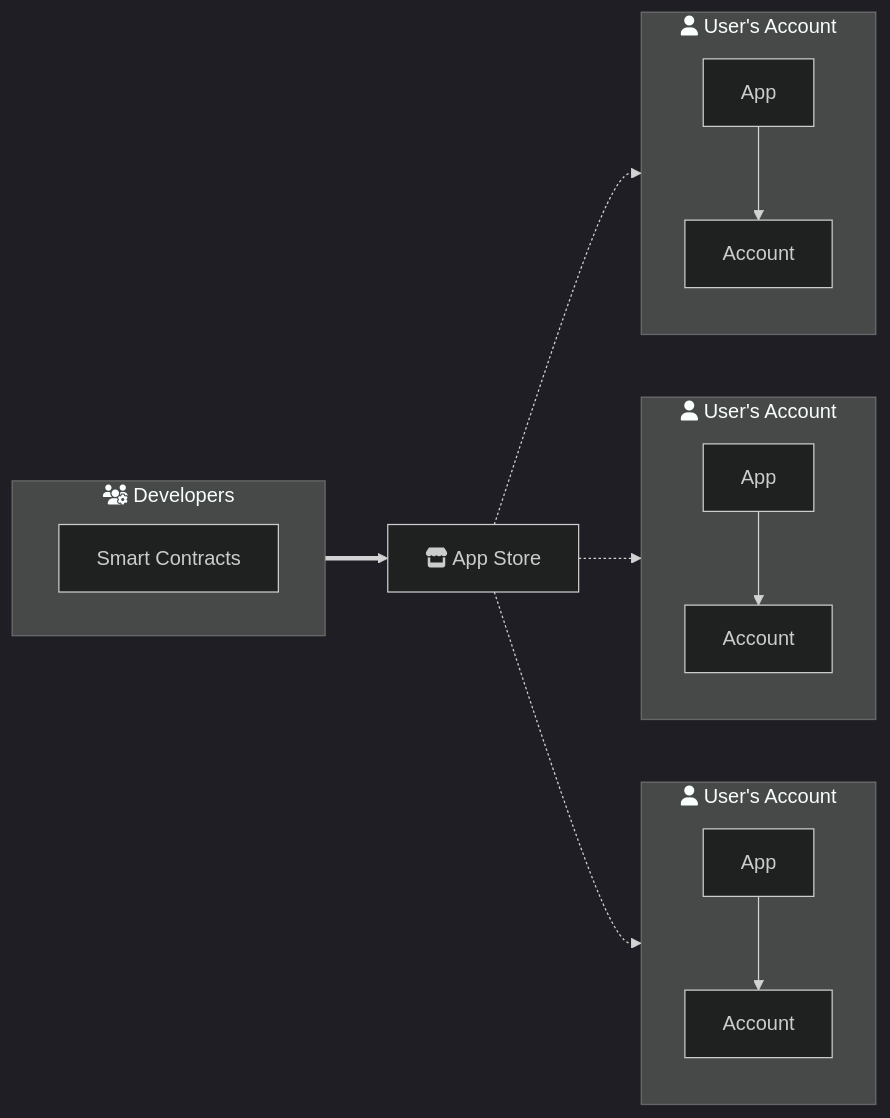
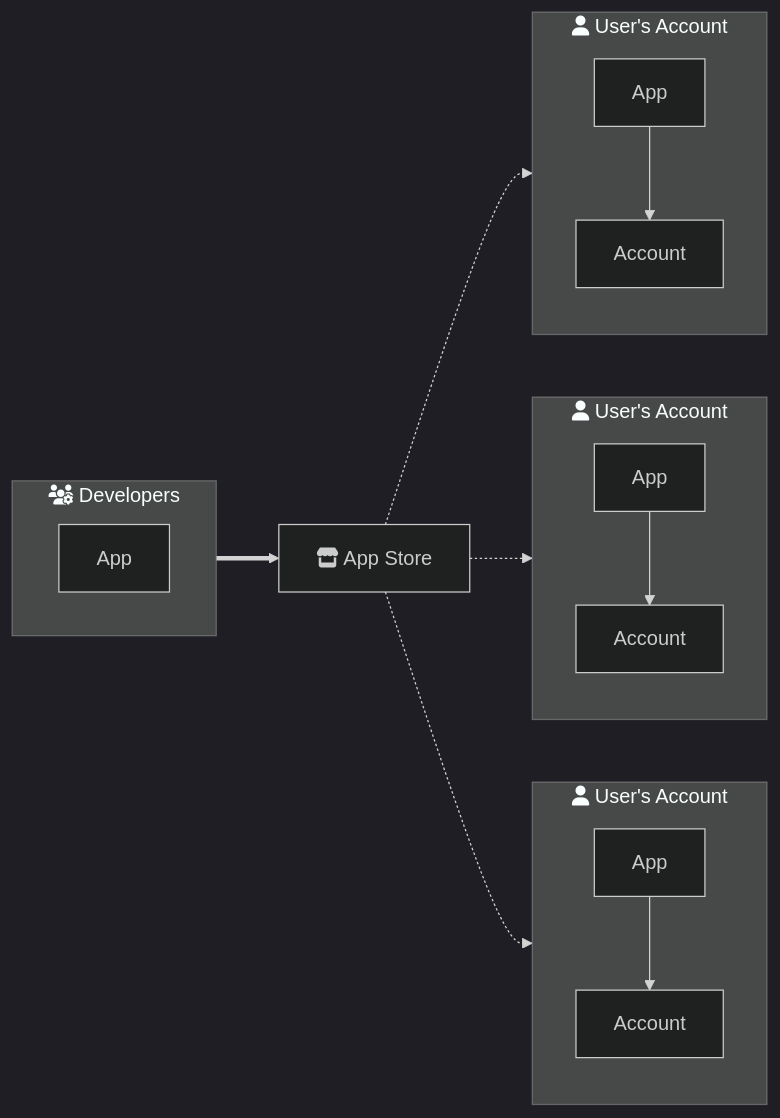
The second of 2 diagrams in docs/src/2_introduction/1_design_space.md (AbstractSDK/contracts), drawn with Mermaid (dark theme) before and after one commit.

Commit message:
Rename mermaid item

````diff
--- a/docs/src/2_introduction/1_design_space.md
+++ b/docs/src/2_introduction/1_design_space.md
@@ -34,28 +34,28 @@
 ```mermaid
 flowchart LR
     subgraph Developers [fas:fa-users-cog Developers]
             direction RL
-            A[Smart Contracts]
+            A[App]
     end
 
     subgraph Acc1 [fas:fa-user User's Account]
         direction TB
         Ap1[App]-->A1[Account]
     end
 
     subgraph Acc2 [fas:fa-user User's Account]
         direction TB
         Ap2[App]-->A2[Account]
     end
 
     subgraph Acc3 [fas:fa-user User's Account]
         direction TB
         Ap3[App]-->A3[Account]
     end
 
         Store-.->Ap1
         Store-.->Ap2
         Store-.->Ap3
 
     A==>Store[fa:fa-store App Store]
 ```
````
